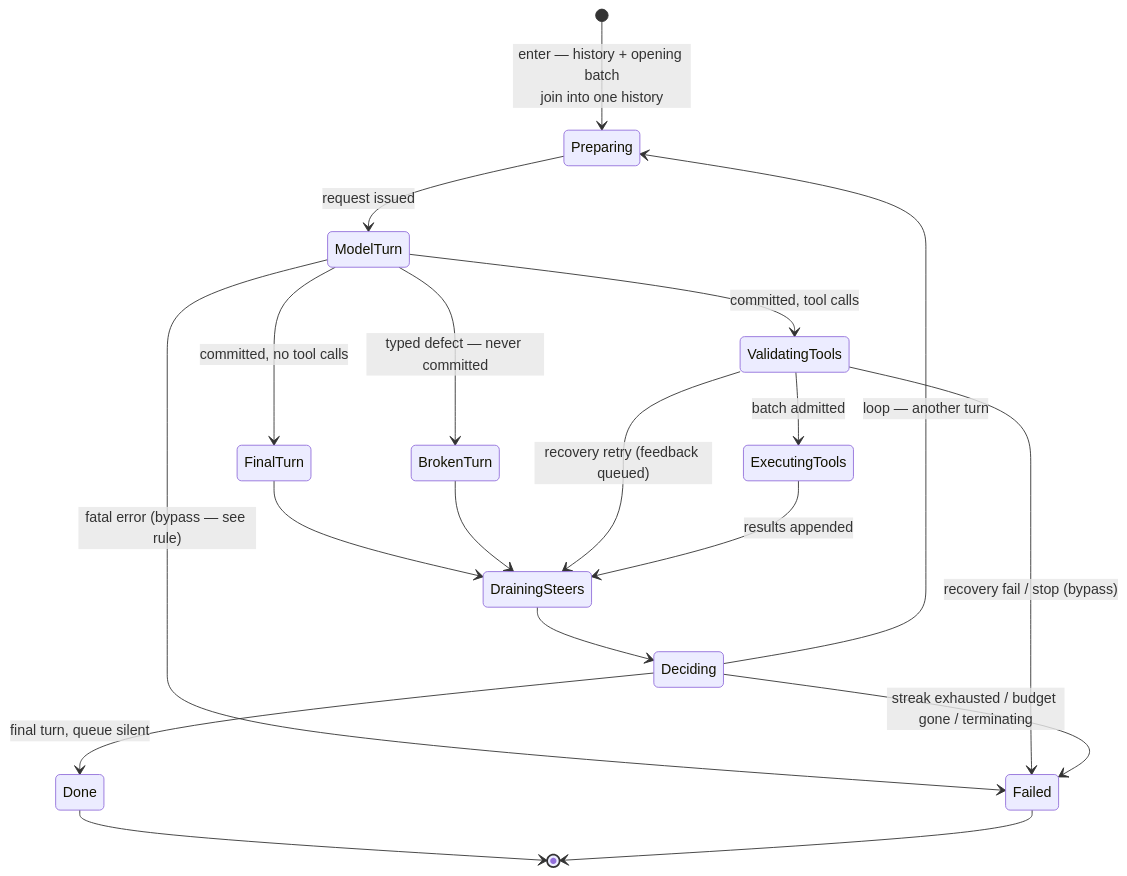
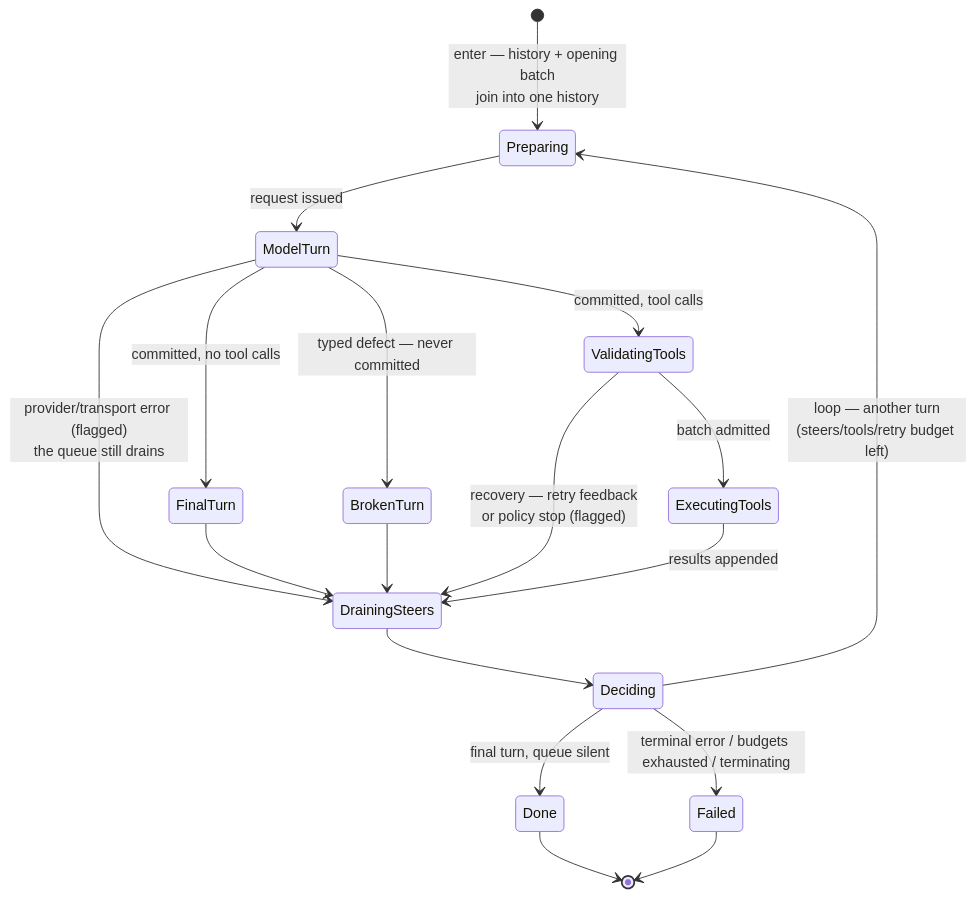
One commit to JerryAZR/tabit changed the second of 2 diagrams in ENGINE.md. Above: the diagram before and after it, drawn with Mermaid. The commit also changed other lines of this file, not shown here.

First line of the commit message:
ENGINE.md: the drain is unconditional — no bypass edges

````diff
--- a/ENGINE.md
+++ b/ENGINE.md
@@ -65,21 +66,20 @@
 ```mermaid
 stateDiagram-v2
     [*] --> Preparing : enter — history + opening batch<br/>join into one history
     Preparing --> ModelTurn : request issued
     ModelTurn --> FinalTurn : committed, no tool calls
     ModelTurn --> BrokenTurn : typed defect — never committed
     ModelTurn --> ValidatingTools : committed, tool calls
-    ModelTurn --> Failed : fatal error (bypass — see rule)
+    ModelTurn --> DrainingSteers : provider/transport error (flagged)<br/>the queue still drains
     FinalTurn --> DrainingSteers
     BrokenTurn --> DrainingSteers
     ValidatingTools --> ExecutingTools : batch admitted
-    ValidatingTools --> DrainingSteers : recovery retry (feedback queued)
-    ValidatingTools --> Failed : recovery fail / stop (bypass)
+    ValidatingTools --> DrainingSteers : recovery — retry feedback<br/>or policy stop (flagged)
     ExecutingTools --> DrainingSteers : results appended
     DrainingSteers --> Deciding
-    Deciding --> Preparing : loop — another turn
+    Deciding --> Preparing : loop — another turn<br/>(steers/tools/retry budget left)
     Deciding --> Done : final turn, queue silent
-    Deciding --> Failed : streak exhausted / budget gone / terminating
+    Deciding --> Failed : terminal error / budgets exhausted / terminating
     Done --> [*]
     Failed --> [*]
 ```
````
